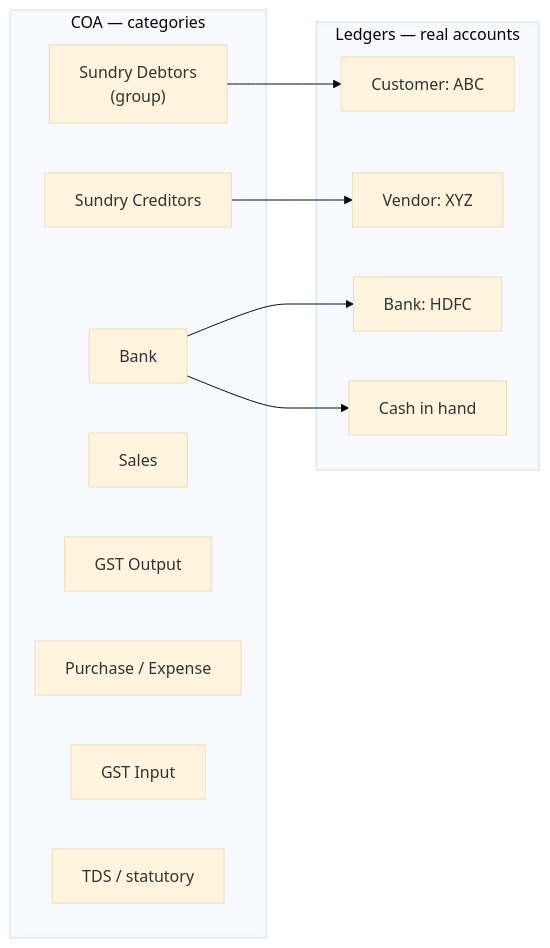
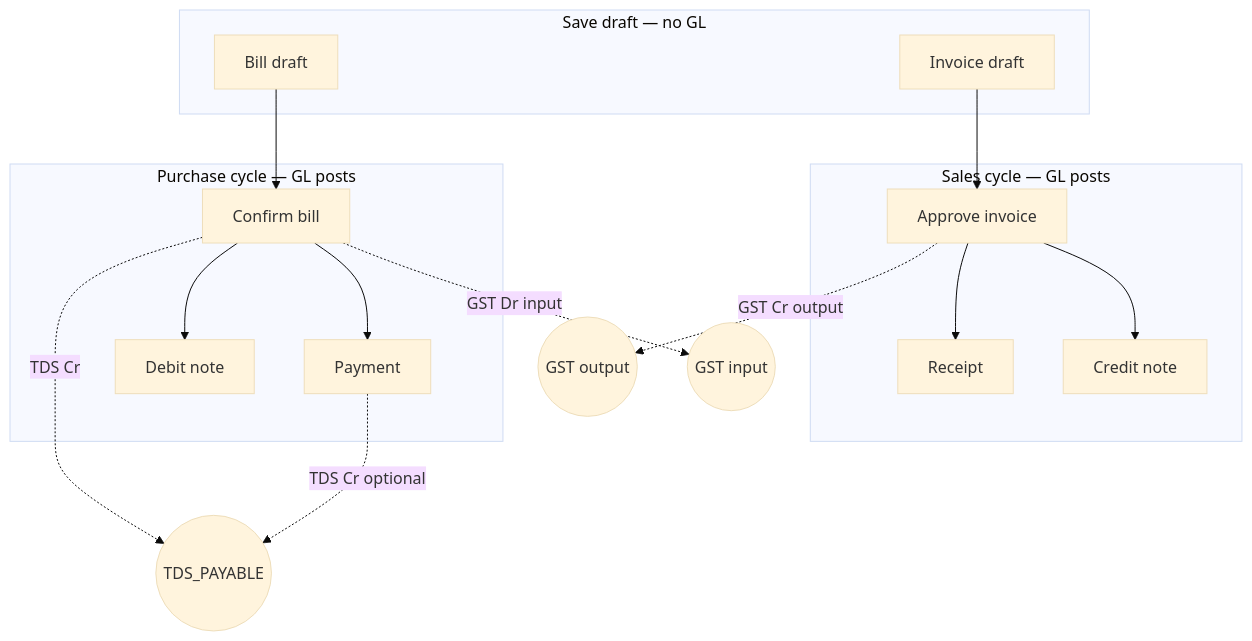
Before and after one commit to Aurifex-Innovations/ERP_docs: the first of 23 diagrams in Specifications/Accounts_Final/Graphical_Testing_guide.md, drawn with Mermaid (base theme). The commit also changed other lines of this file, not shown here.

Commit message:
docs: add graphical testing guide for accounting scenarios, COA, and ledger linkage

````diff
--- a/Specifications/Accounts_Final/Graphical_Testing_guide.md
+++ b/Specifications/Accounts_Final/Graphical_Testing_guide.md
@@ -28,25 +21,31 @@
 ```mermaid
-flowchart LR
-  subgraph COA["COA — categories"]
-    A["Sundry Debtors<br/>(group)"]
-    B["Sundry Creditors"]
-    C["Bank"]
-    D["Sales"]
-    E["GST Output"]
-    F["Purchase / Expense"]
-    G["GST Input"]
-    H["TDS / statutory"]
+flowchart TB
+  subgraph draft["Save draft — no GL"]
+    D_INV["Invoice draft"]
+    D_BILL["Bill draft"]
   end
 
-  subgraph LED["Ledgers — real accounts"]
-    L1["Customer: ABC"]
-    L2["Vendor: XYZ"]
-    L3["Bank: HDFC"]
-    L4["Cash in hand"]
+  subgraph sales["Sales cycle — GL posts"]
+    A_INV["Approve invoice"]
+    RCP["Receipt"]
+    CN["Credit note"]
   end
 
-  A --> L1
-  B --> L2
-  C --> L3
-  C --> L4
+  subgraph purchase["Purchase cycle — GL posts"]
+    C_BILL["Confirm bill"]
+    PAY["Payment"]
+    DN["Debit note"]
+  end
+
+  D_INV --> A_INV
+  A_INV --> RCP
+  A_INV --> CN
+  D_BILL --> C_BILL
+  C_BILL --> PAY
+  C_BILL --> DN
+
+  A_INV -.->|GST Cr output| GSTO((GST output))
+  C_BILL -.->|GST Dr input| GSTI((GST input))
+  C_BILL -.->|TDS Cr| TDSL((TDS_PAYABLE))
+  PAY -.->|TDS Cr optional| TDSL
 ```
````
